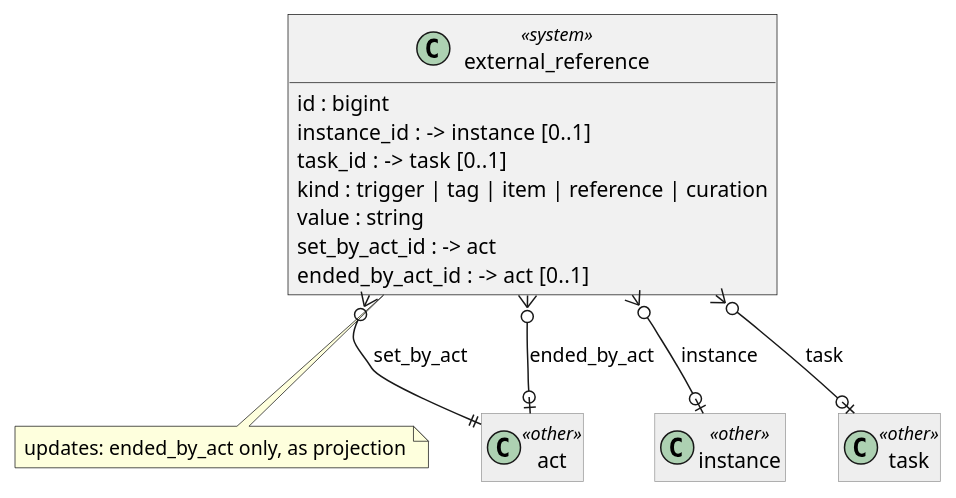
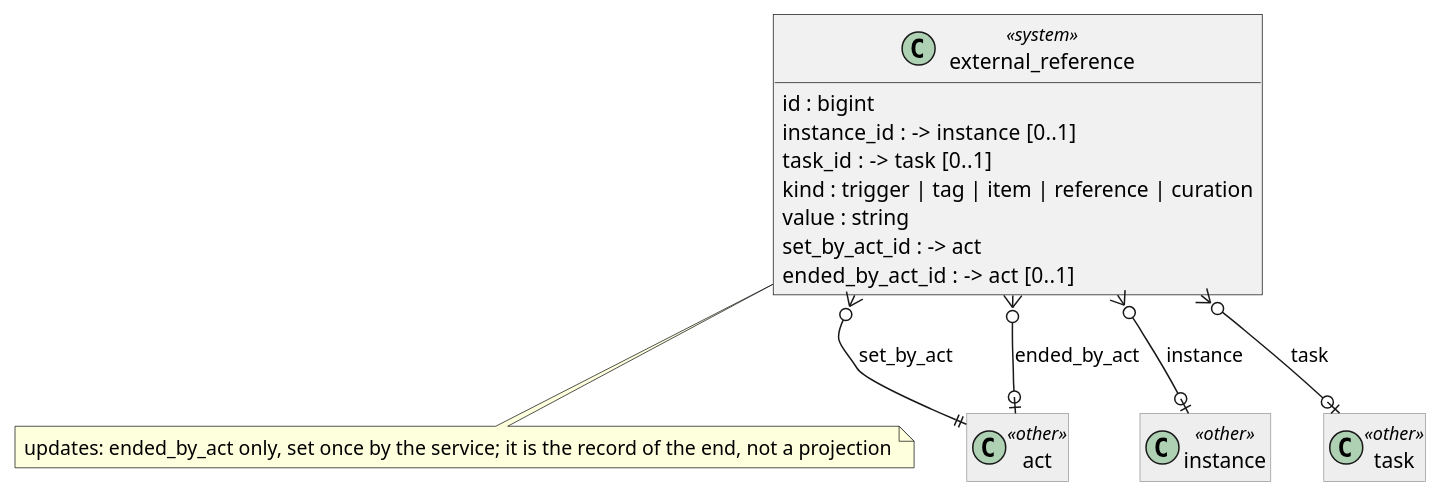
Before and after one commit to Kumbuka-ai/kumbuka-dispatch: the diagram in docs/data-model/diagrams/07-references.puml, drawn with PlantUML. The commit also changed 30 other files, not shown here.

```diff
--- a/docs/data-model/diagrams/07-references.puml
+++ b/docs/data-model/diagrams/07-references.puml
@@ -1,31 +1,31 @@
 @startuml 07-references
 ' 07-references (docs/data-model/groups/07-references.md), generated from model/reference.linkml.yaml.
 ' Every table carries tenant_id and scope_id and a unique key (tenant_id, scope_id, id); every foreign
 ' key runs over tenant, scope and id (ADR-0042). Left out below. Tables of other groups are drawn grey.
 skinparam shadowing false
 skinparam roundcorner 0
 skinparam classAttributeIconSize 0
 hide methods
 hide empty members
 skinparam class<<other>> {
   BackgroundColor #EEEEEE
   BorderColor #999999
 }
 class external_reference <<system>> {
   id : bigint
   instance_id : -> instance  [0..1]
   task_id : -> task  [0..1]
   kind : trigger | tag | item | reference | curation
   value : string
   set_by_act_id : -> act
   ended_by_act_id : -> act  [0..1]
 }
-note bottom of external_reference : updates: ended_by_act only, as projection
+note bottom of external_reference : updates: ended_by_act only, set once by the service; it is the record of the end, not a projection
 class act <<other>>
 class instance <<other>>
 class task <<other>>
 external_reference }o--o| instance : instance
 external_reference }o--o| task : task
 external_reference }o--|| act : set_by_act
 external_reference }o--o| act : ended_by_act
 @enduml
```
